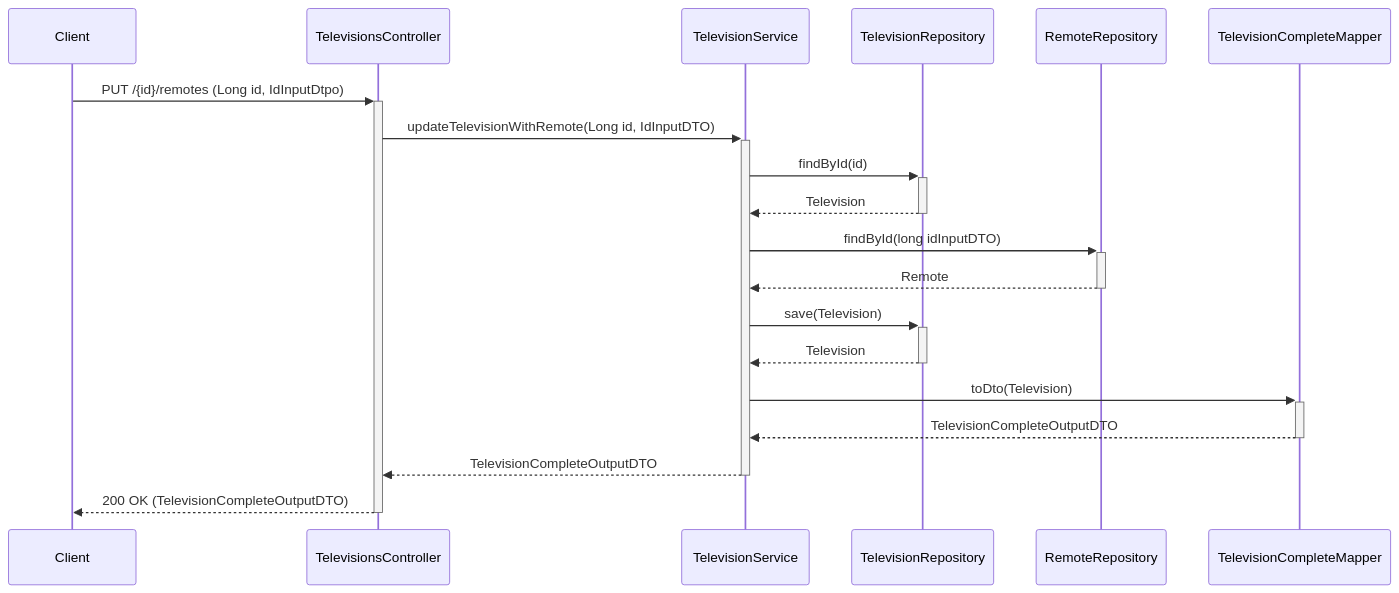
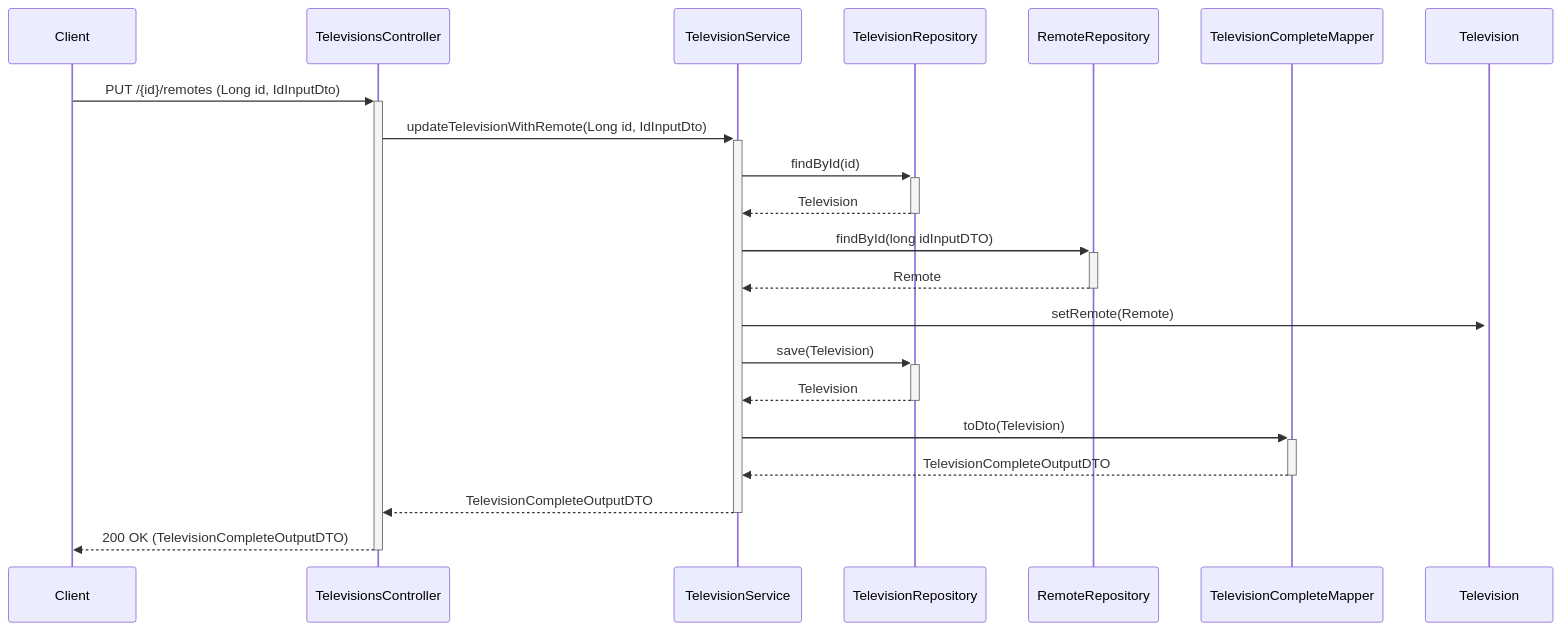
The first of 3 diagrams in README.md (mjerta/backend-spring-boot-tech-it-easy-controller), drawn with Mermaid before and after one commit. The commit also changed other lines of this file, not shown here.

Commit message:
Add all other sequences

````diff
--- a/README.md
+++ b/README.md
@@ -1,21 +1,24 @@
 ```mermaid
 sequenceDiagram
     participant Client
     participant TelevisionsController
     participant TelevisionService
     participant TelevisionRepository
     participant RemoteRepository
     participant TelevisionCompleteMapper
-    Client ->>+TelevisionsController: PUT /{id}/remotes (Long id, IdInputDtpo)
-    TelevisionsController ->>+TelevisionService: updateTelevisionWithRemote(Long id, IdInputDTO)
+    Client ->>+ TelevisionsController: PUT /{id}/remotes (Long id, IdInputDto)
+    TelevisionsController ->>+ TelevisionService: updateTelevisionWithRemote(Long id, IdInputDto)
     TelevisionService ->>+ TelevisionRepository: findById(id)
     TelevisionRepository -->>- TelevisionService: Television
     TelevisionService ->>+ RemoteRepository: findById(long idInputDTO)
     RemoteRepository -->>- TelevisionService: Remote
+    TelevisionService ->>+ Television: setRemote(Remote)
     TelevisionService ->>+ TelevisionRepository: save(Television)
     TelevisionRepository -->>- TelevisionService: Television
     TelevisionService ->>+ TelevisionCompleteMapper: toDto(Television)
     TelevisionCompleteMapper -->>- TelevisionService: TelevisionCompleteOutputDTO
     TelevisionService -->>- TelevisionsController: TelevisionCompleteOutputDTO
     TelevisionsController -->>- Client: 200 OK (TelevisionCompleteOutputDTO)
+
+
 ```
````
